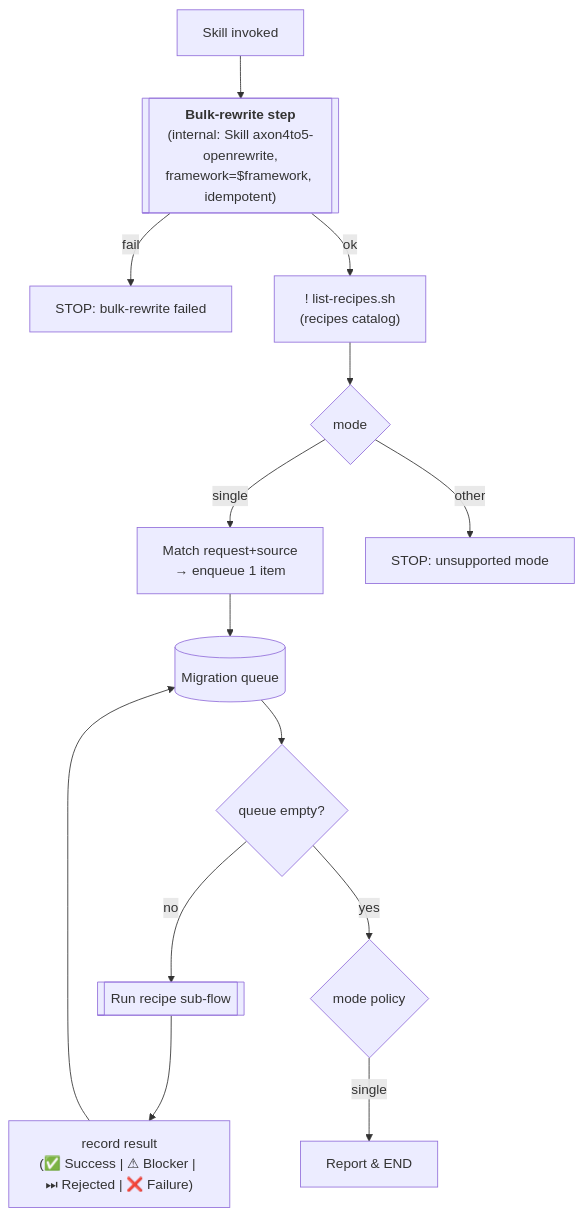
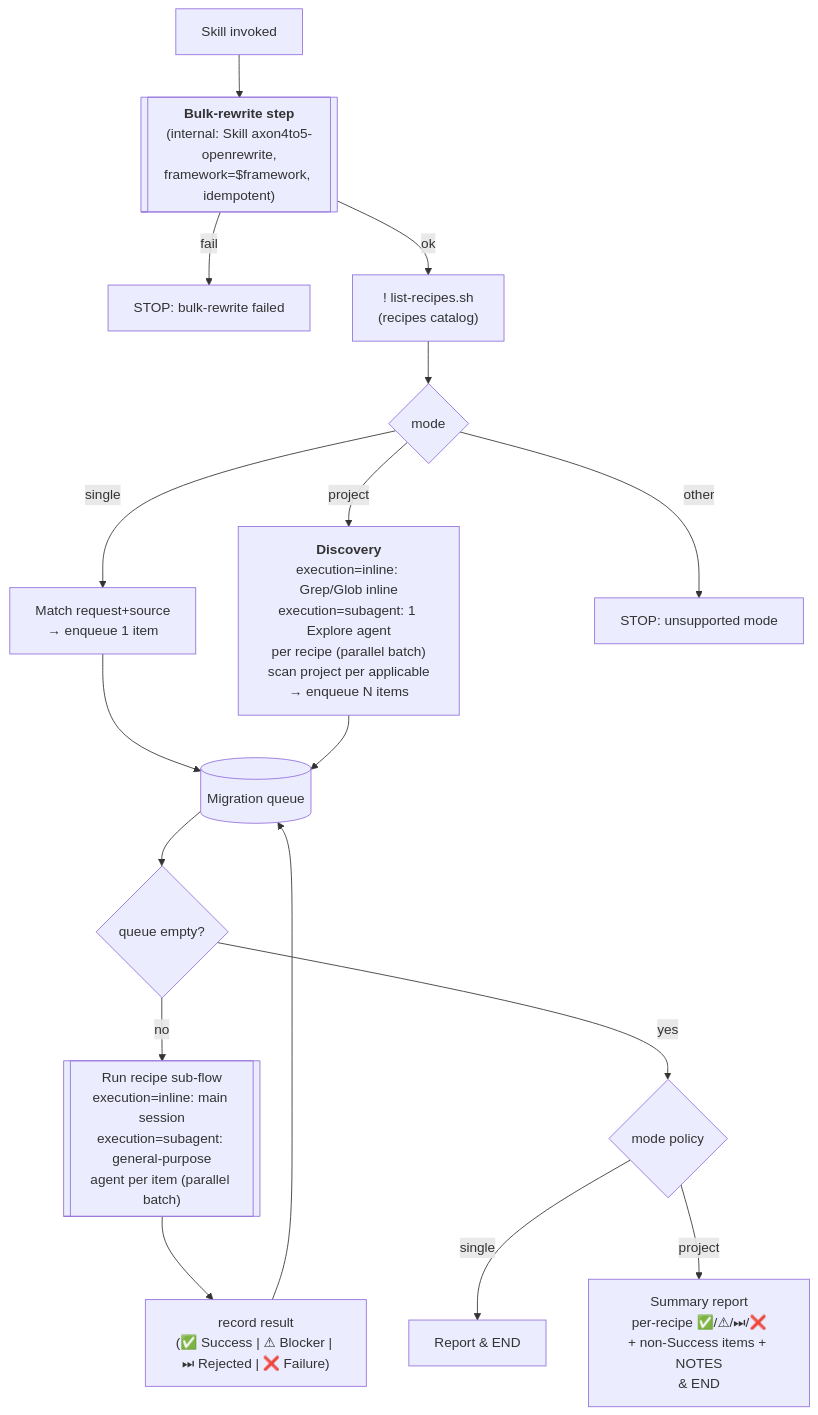
The first of 2 diagrams in skills/axon4to5-migrate/SKILL.md (AxonIQ/agent-skills), drawn with Mermaid before and after one commit. The commit also changed other lines of this file, not shown here.

````diff
--- a/skills/axon4to5-migrate/SKILL.md
+++ b/skills/axon4to5-migrate/SKILL.md
@@ -86,22 +90,25 @@
 ```mermaid
 flowchart TD
     A[Skill invoked] --> ORW[["<b>Bulk-rewrite step</b><br/>(internal: Skill axon4to5-openrewrite,<br/>framework=$framework, idempotent)"]]
     ORW -- fail --> XORW[STOP: bulk-rewrite failed]
     ORW -- ok --> B["! list-recipes.sh<br/>(recipes catalog)"]
     B --> C{mode}
 
     %% mode-specific producers — all feed the same queue
     C -- single --> P1["Match request+source<br/>→ enqueue 1 item"]
+    C -- project --> P2["<b>Discovery</b><br/>execution=inline: Grep/Glob inline<br/>execution=subagent: 1 Explore agent<br/>per recipe (parallel batch)<br/>scan project per applicable<br/>→ enqueue N items"]
     C -- other --> X[STOP: unsupported mode]
     P1 --> Q[(Migration queue)]
+    P2 --> Q
 
     %% shared processing loop
     Q --> L{queue empty?}
-    L -- no --> W[[Run recipe sub-flow]]
+    L -- no --> W[["Run recipe sub-flow<br/>execution=inline: main session<br/>execution=subagent: general-purpose<br/>agent per item (parallel batch)"]]
     W --> REC["record result<br/>(✅ Success | ⚠ Blocker | ⏭ Rejected | ❌ Failure)"]
     REC --> Q
     L -- yes --> M{mode policy}
 
     %% empty-queue behavior per mode
     M -- single --> E["Report &amp; END"]
+    M -- project --> E2["Summary report<br/>per-recipe ✅/⚠/⏭/❌<br/>+ non-Success items + NOTES<br/>&amp; END"]
 ```
````
